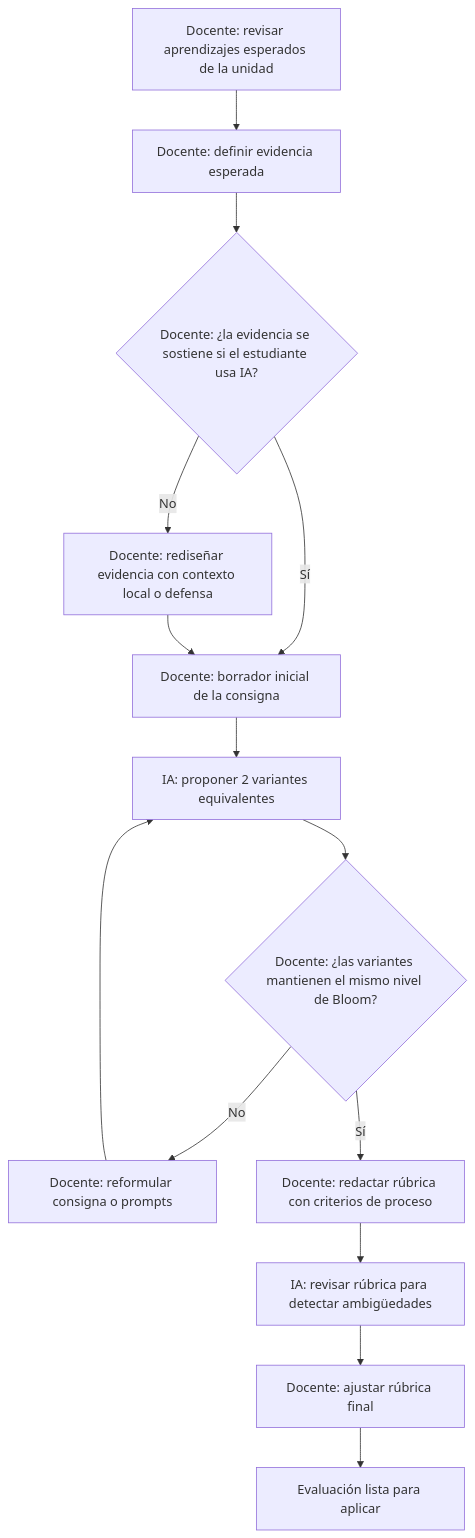
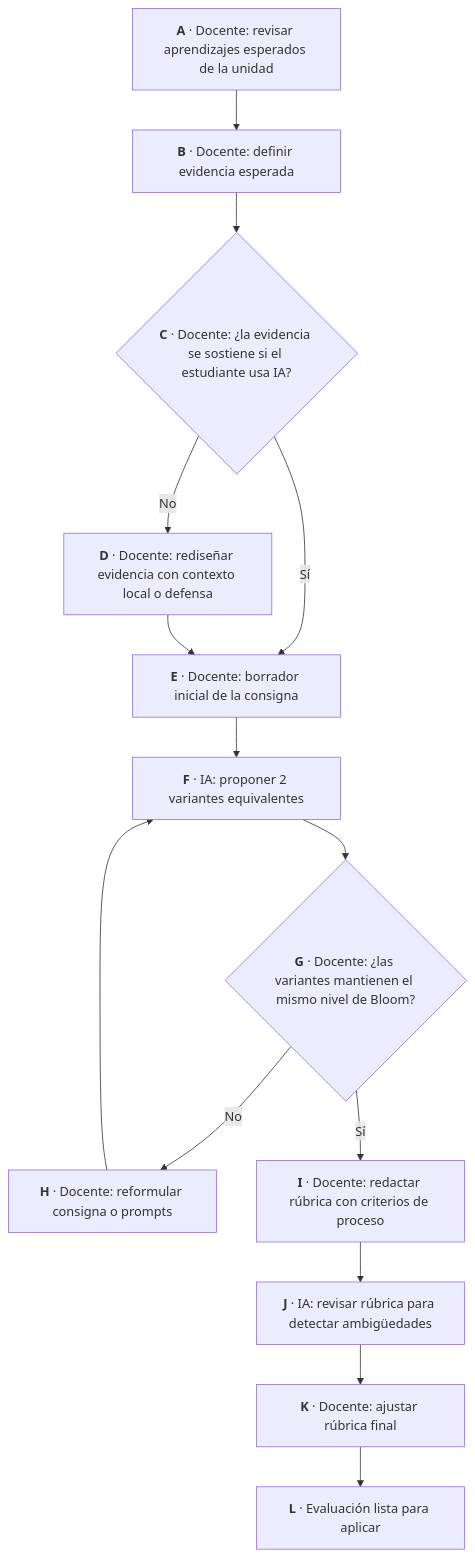
One commit to arqueon/aprendizaje-ia changed the third of 3 diagrams in content/laboratorio/integracion-ia/flujos-trabajo-docente-ia/index.md. Above: the diagram before and after it, drawn with Mermaid. The commit also changed other lines of this file and 47 other files, not shown here.

```diff
--- a/content/laboratorio/integracion-ia/flujos-trabajo-docente-ia/index.md
+++ b/content/laboratorio/integracion-ia/flujos-trabajo-docente-ia/index.md
@@ -92,16 +92,16 @@
 {{< mermaid >}}
 flowchart TD
-    A[Docente: revisar aprendizajes esperados de la unidad] --> B[Docente: definir evidencia esperada]
-    B --> C{Docente: ¿la evidencia se sostiene si el estudiante usa IA?}
-    C -- No --> D[Docente: rediseñar evidencia con contexto local o defensa]
-    C -- Sí --> E[Docente: borrador inicial de la consigna]
+    A["<b>A</b> · Docente: revisar aprendizajes esperados de la unidad"] --> B["<b>B</b> · Docente: definir evidencia esperada"]
+    B --> C{"<b>C</b> · Docente: ¿la evidencia se sostiene si el estudiante usa IA?"}
+    C -- No --> D["<b>D</b> · Docente: rediseñar evidencia con contexto local o defensa"]
+    C -- Sí --> E["<b>E</b> · Docente: borrador inicial de la consigna"]
     D --> E
-    E --> F[IA: proponer 2 variantes equivalentes]
-    F --> G{Docente: ¿las variantes mantienen el mismo nivel de Bloom?}
-    G -- No --> H[Docente: reformular consigna o prompts]
+    E --> F["<b>F</b> · IA: proponer 2 variantes equivalentes"]
+    F --> G{"<b>G</b> · Docente: ¿las variantes mantienen el mismo nivel de Bloom?"}
+    G -- No --> H["<b>H</b> · Docente: reformular consigna o prompts"]
     H --> F
-    G -- Sí --> I[Docente: redactar rúbrica con criterios de proceso]
-    I --> J[IA: revisar rúbrica para detectar ambigüedades]
-    J --> K[Docente: ajustar rúbrica final]
-    K --> L[Evaluación lista para aplicar]
+    G -- Sí --> I["<b>I</b> · Docente: redactar rúbrica con criterios de proceso"]
+    I --> J["<b>J</b> · IA: revisar rúbrica para detectar ambigüedades"]
+    J --> K["<b>K</b> · Docente: ajustar rúbrica final"]
+    K --> L["<b>L</b> · Evaluación lista para aplicar"]
 {{< /mermaid >}}
```
